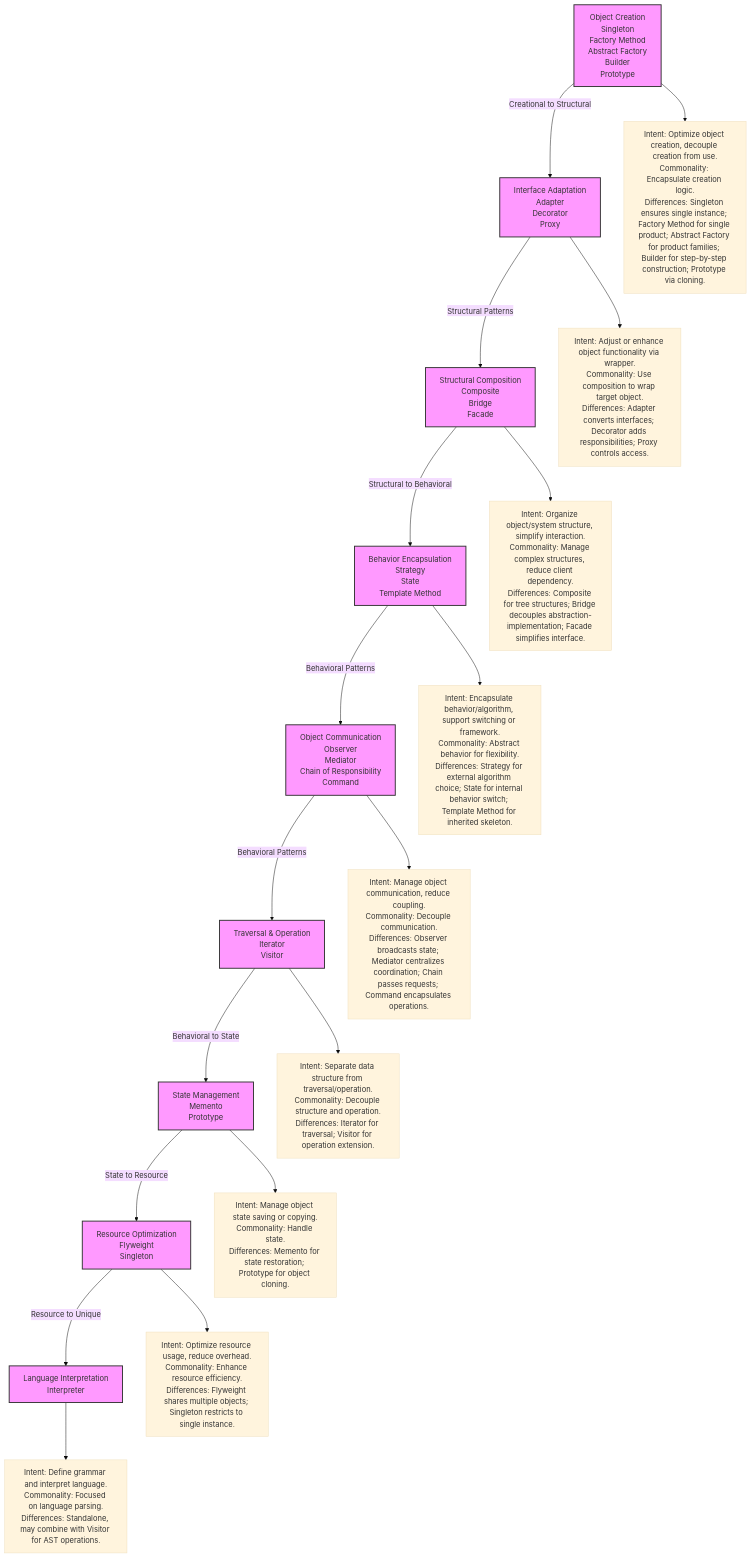
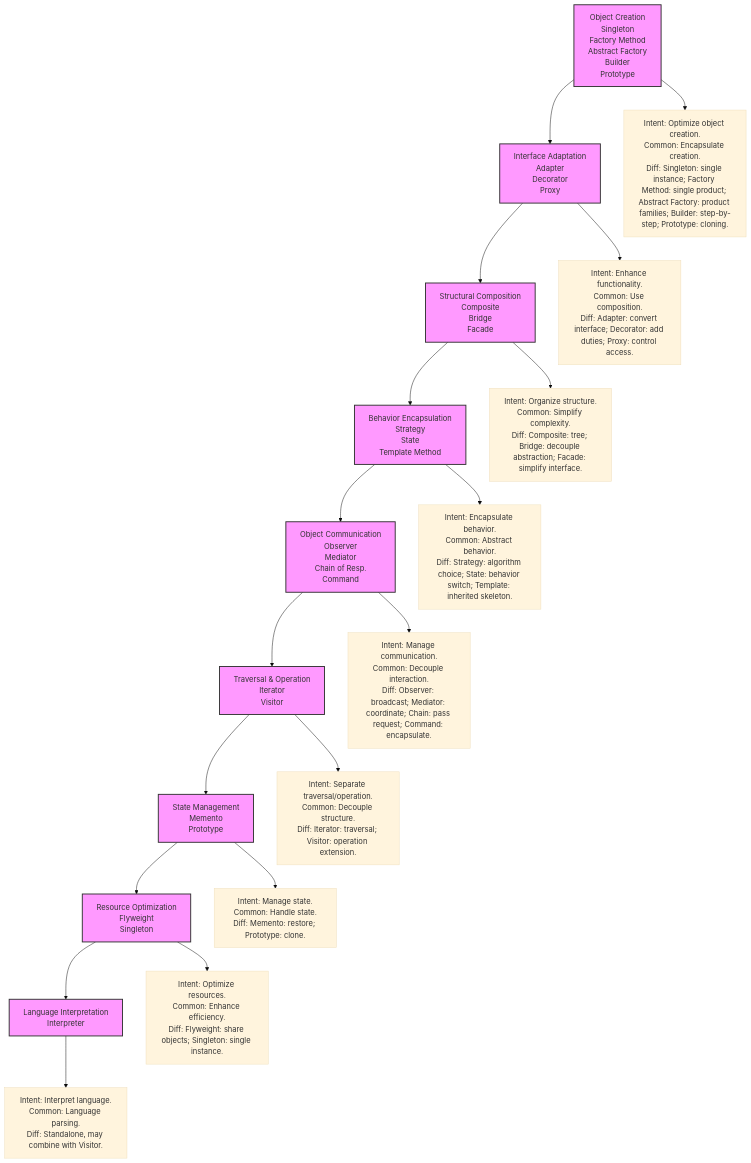
Before and after one commit to liweinan/deepseek-answers: diagram 30 of 31 in files/design-pattern.md, drawn with Mermaid (base theme). The commit also changed other lines of this file, not shown here.

````diff
--- a/files/design-pattern.md
+++ b/files/design-pattern.md
@@ -1058,39 +1061,39 @@
 ```mermaid
 graph TD
     A[Object Creation<br>Singleton<br>Factory Method<br>Abstract Factory<br>Builder<br>Prototype]
-    A -->|Creational to Structural| B
-    A:::group --> NA[Intent: Optimize object creation, decouple creation from use.<br>Commonality: Encapsulate creation logic.<br>Differences: Singleton ensures single instance; Factory Method for single product; Abstract Factory for product families; Builder for step-by-step construction; Prototype via cloning.]
+    A --> B
+    A:::group --> NA[Intent: Optimize object creation.<br>Common: Encapsulate creation.<br>Diff: Singleton: single instance; Factory Method: single product; Abstract Factory: product families; Builder: step-by-step; Prototype: cloning.]
 
     B[Interface Adaptation<br>Adapter<br>Decorator<br>Proxy]
-    B -->|Structural Patterns| C
-    B:::group --> NB[Intent: Adjust or enhance object functionality via wrapper.<br>Commonality: Use composition to wrap target object.<br>Differences: Adapter converts interfaces; Decorator adds responsibilities; Proxy controls access.]
+    B --> C
+    B:::group --> NB[Intent: Enhance functionality.<br>Common: Use composition.<br>Diff: Adapter: convert interface; Decorator: add duties; Proxy: control access.]
 
     C[Structural Composition<br>Composite<br>Bridge<br>Facade]
-    C -->|Structural to Behavioral| D
-    C:::group --> NC[Intent: Organize object/system structure, simplify interaction.<br>Commonality: Manage complex structures, reduce client dependency.<br>Differences: Composite for tree structures; Bridge decouples abstraction-implementation; Facade simplifies interface.]
+    C --> D
+    C:::group --> NC[Intent: Organize structure.<br>Common: Simplify complexity.<br>Diff: Composite: tree; Bridge: decouple abstraction; Facade: simplify interface.]
 
     D[Behavior Encapsulation<br>Strategy<br>State<br>Template Method]
-    D -->|Behavioral Patterns| E
-    D:::group --> ND[Intent: Encapsulate behavior/algorithm, support switching or framework.<br>Commonality: Abstract behavior for flexibility.<br>Differences: Strategy for external algorithm choice; State for internal behavior switch; Template Method for inherited skeleton.]
+    D --> E
+    D:::group --> ND[Intent: Encapsulate behavior.<br>Common: Abstract behavior.<br>Diff: Strategy: algorithm choice; State: behavior switch; Template: inherited skeleton.]
 
-    E[Object Communication<br>Observer<br>Mediator<br>Chain of Responsibility<br>Command]
-    E -->|Behavioral Patterns| F
-    E:::group --> NE[Intent: Manage object communication, reduce coupling.<br>Commonality: Decouple communication.<br>Differences: Observer broadcasts state; Mediator centralizes coordination; Chain passes requests; Command encapsulates operations.]
+    E[Object Communication<br>Observer<br>Mediator<br>Chain of Resp.<br>Command]
+    E --> F
+    E:::group --> NE[Intent: Manage communication.<br>Common: Decouple interaction.<br>Diff: Observer: broadcast; Mediator: coordinate; Chain: pass request; Command: encapsulate.]
 
     F[Traversal & Operation<br>Iterator<br>Visitor]
-    F -->|Behavioral to State| G
-    F:::group --> NF[Intent: Separate data structure from traversal/operation.<br>Commonality: Decouple structure and operation.<br>Differences: Iterator for traversal; Visitor for operation extension.]
+    F --> G
+    F:::group --> NF[Intent: Separate traversal/operation.<br>Common: Decouple structure.<br>Diff: Iterator: traversal; Visitor: operation extension.]
 
     G[State Management<br>Memento<br>Prototype]
-    G -->|State to Resource| H
-    G:::group --> NG[Intent: Manage object state saving or copying.<br>Commonality: Handle state.<br>Differences: Memento for state restoration; Prototype for object cloning.]
+    G --> H
+    G:::group --> NG[Intent: Manage state.<br>Common: Handle state.<br>Diff: Memento: restore; Prototype: clone.]
 
     H[Resource Optimization<br>Flyweight<br>Singleton]
-    H -->|Resource to Unique| I
-    H:::group --> NH[Intent: Optimize resource usage, reduce overhead.<br>Commonality: Enhance resource efficiency.<br>Differences: Flyweight shares multiple objects; Singleton restricts to single instance.]
+    H --> I
+    H:::group --> NH[Intent: Optimize resources.<br>Common: Enhance efficiency.<br>Diff: Flyweight: share objects; Singleton: single instance.]
 
     I[Language Interpretation<br>Interpreter]
-    I:::group --> NI[Intent: Define grammar and interpret language.<br>Commonality: Focused on language parsing.<br>Differences: Standalone, may combine with Visitor for AST operations.]
+    I:::group --> NI[Intent: Interpret language.<br>Common: Language parsing.<br>Diff: Standalone, may combine with Visitor.]
 
     classDef group fill:#f9f,stroke:#333,stroke-width:2px;
 ```
````
